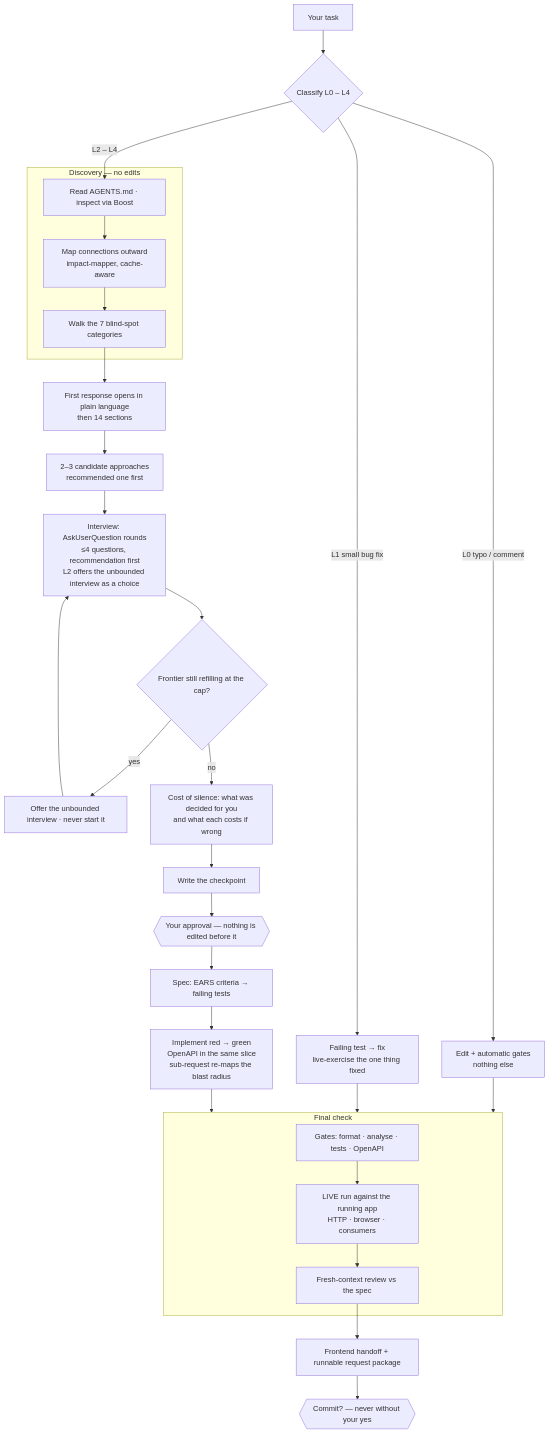
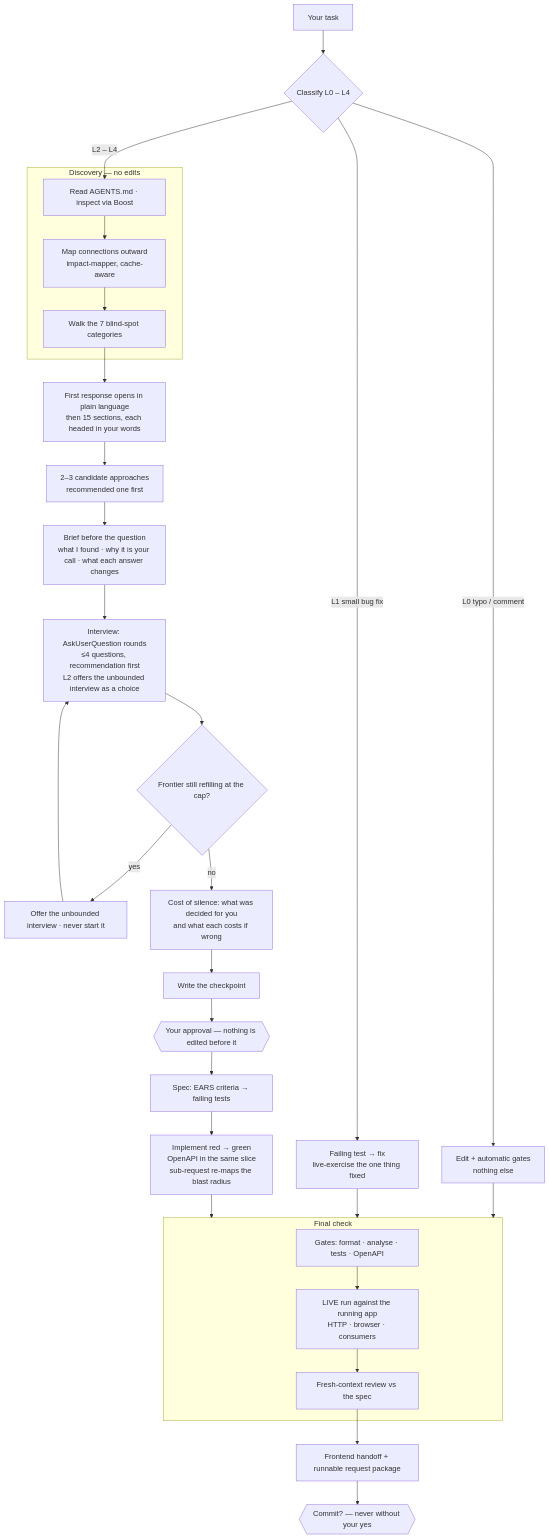
One commit to YasMax91/groundwork changed the diagram in README.md. Above: the diagram before and after it, drawn with Mermaid. The commit also changed other lines of this file and 23 other files, not shown here.

````diff
--- a/README.md
+++ b/README.md
@@ -240,37 +243,38 @@
 ```mermaid
 flowchart TD
     A[Your task] --> B{Classify L0 – L4}
 
     B -->|L0 typo / comment| L0[Edit + automatic gates<br/>nothing else]
     B -->|L1 small bug fix| L1[Failing test → fix<br/>live-exercise the one thing fixed]
     B -->|L2 – L4| D1
 
     subgraph DISC [Discovery — no edits]
         D1[Read AGENTS.md · inspect via Boost] --> D2[Map connections outward<br/>impact-mapper, cache-aware]
         D2 --> D3[Walk the 7 blind-spot categories]
     end
 
-    D3 --> R1[First response opens in plain language<br/>then 14 sections]
+    D3 --> R1[First response opens in plain language<br/>then 15 sections, each headed in your words]
     R1 --> R2[2–3 candidate approaches<br/>recommended one first]
-    R2 --> R4[Interview: AskUserQuestion rounds<br/>≤4 questions, recommendation first<br/>L2 offers the unbounded interview as a choice]
+    R2 --> R3[Brief before the question<br/>what I found · why it is your call · what each answer changes]
+    R3 --> R4[Interview: AskUserQuestion rounds<br/>≤4 questions, recommendation first<br/>L2 offers the unbounded interview as a choice]
     R4 --> R5{Frontier still refilling at the cap?}
     R5 -->|yes| G[Offer the unbounded interview · never start it]
     G --> R4
     R5 -->|no| CS[Cost of silence: what was decided for you<br/>and what each costs if wrong]
     CS --> CP[Write the checkpoint]
     CP --> APV{{Your approval — nothing is edited before it}}
     APV --> SP[Spec: EARS criteria → failing tests]
     SP --> IM[Implement red → green<br/>OpenAPI in the same slice<br/>sub-request re-maps the blast radius]
 
     L0 --> FC
     L1 --> FC
     IM --> FC
 
     subgraph FC [Final check]
         F1[Gates: format · analyse · tests · OpenAPI] --> F2[LIVE run against the running app<br/>HTTP · browser · consumers]
         F2 --> F3[Fresh-context review vs the spec]
     end
 
     F3 --> H[Frontend handoff + runnable request package]
     H --> C{{Commit? — never without your yes}}
 ```
````
